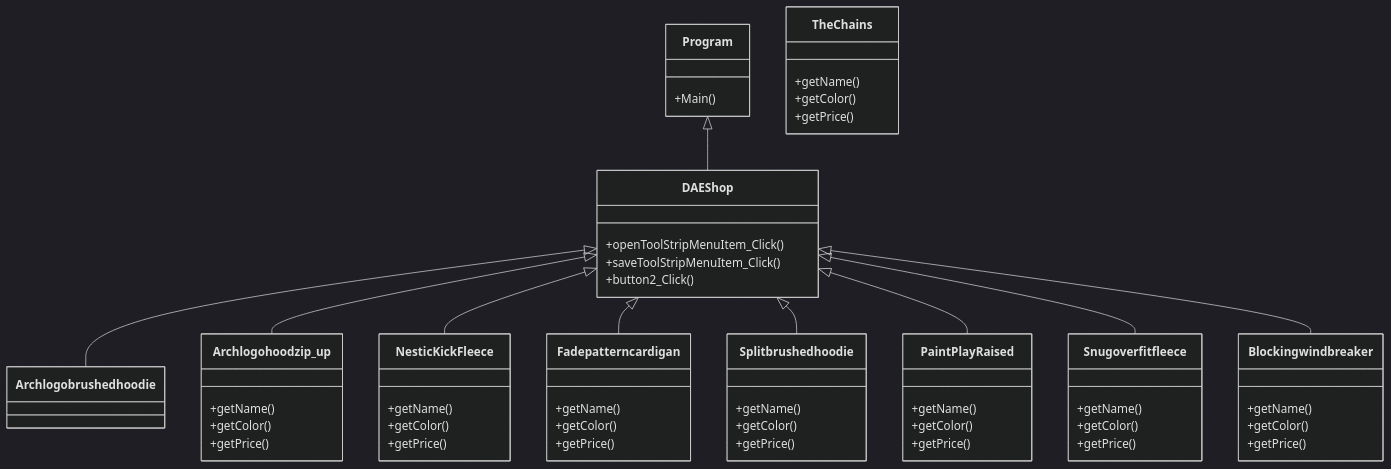
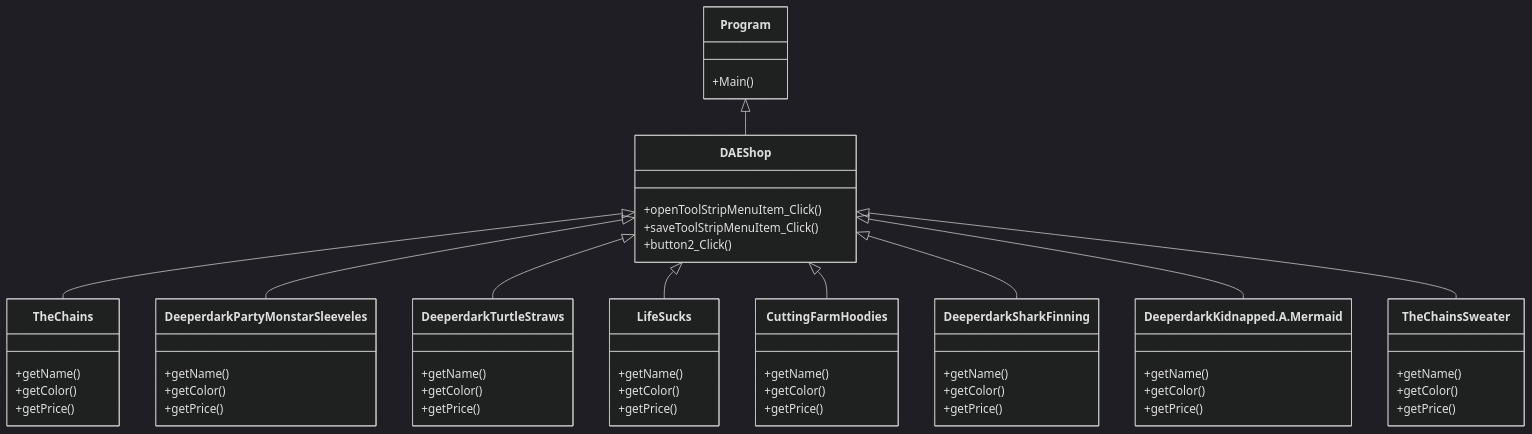
One commit to Natthawan31/Project-Nattawan changed the diagram in README.md. Above: the diagram before and after it, drawn with Mermaid (dark theme).

````diff
--- a/README.md
+++ b/README.md
@@ -13,59 +13,59 @@
 ```mermaid
 classDiagram
     Program <|-- DAEShop
-    DAEShop <|-- Archlogobrushedhoodie
-    DAEShop <|-- Archlogohoodzip_up
-    DAEShop <|-- NesticKickFleece
-    DAEShop <|-- Fadepatterncardigan
-    DAEShop <|-- Splitbrushedhoodie
-    DAEShop <|-- PaintPlayRaised
-    DAEShop <|-- Snugoverfitfleece
-    DAEShop <|-- Blockingwindbreaker
+    DAEShop <|-- The Chains
+    DAEShop <|-- Deeperdark Party Monstar Sleeveles
+    DAEShop <|-- Deeperdark Turtle Straws
+    DAEShop <|-- Life Sucks
+    DAEShop <|-- Cutting Farm Hoodies
+    DAEShop <|-- Deeperdark Shark Finning
+    DAEShop <|-- Deeperdark Kidnapped.A.Mermaid
+    DAEShop <|-- The Chains Sweater
     Program : +Main()
     class DAEShop{
         +openToolStripMenuItem_Click()
         +saveToolStripMenuItem_Click()
         +button2_Click()
     }
     class The Chains{
         +getName()
         +getColor()
         +getPrice()
         
     }
-    class Archlogohoodzip_up{
+    class Deeperdark Party Monstar Sleeveles{
         +getName()
         +getColor()
         +getPrice()
     }
-    class NesticKickFleece{
+    class Deeperdark Turtle Straws{
         +getName()
         +getColor()
         +getPrice()    
     }
-    class Fadepatterncardigan{
+    class Life Sucks{
         +getName()
         +getColor()
         +getPrice()
     }
-    class Splitbrushedhoodie{
+    class Cutting Farm Hoodies{
         +getName()
         +getColor()
         +getPrice()
     }
-    class PaintPlayRaised{
+    class Deeperdark Shark Finning{
         +getName()
         +getColor()
         +getPrice()
     }
-    class Snugoverfitfleece{
+    class Deeperdark Kidnapped.A.Mermaid{
         +getName()
         +getColor()
         +getPrice()
     }
-    class Blockingwindbreaker{
+    class The Chains Sweater{
         +getName()
         +getColor()
         +getPrice()
     }
 ```
````
